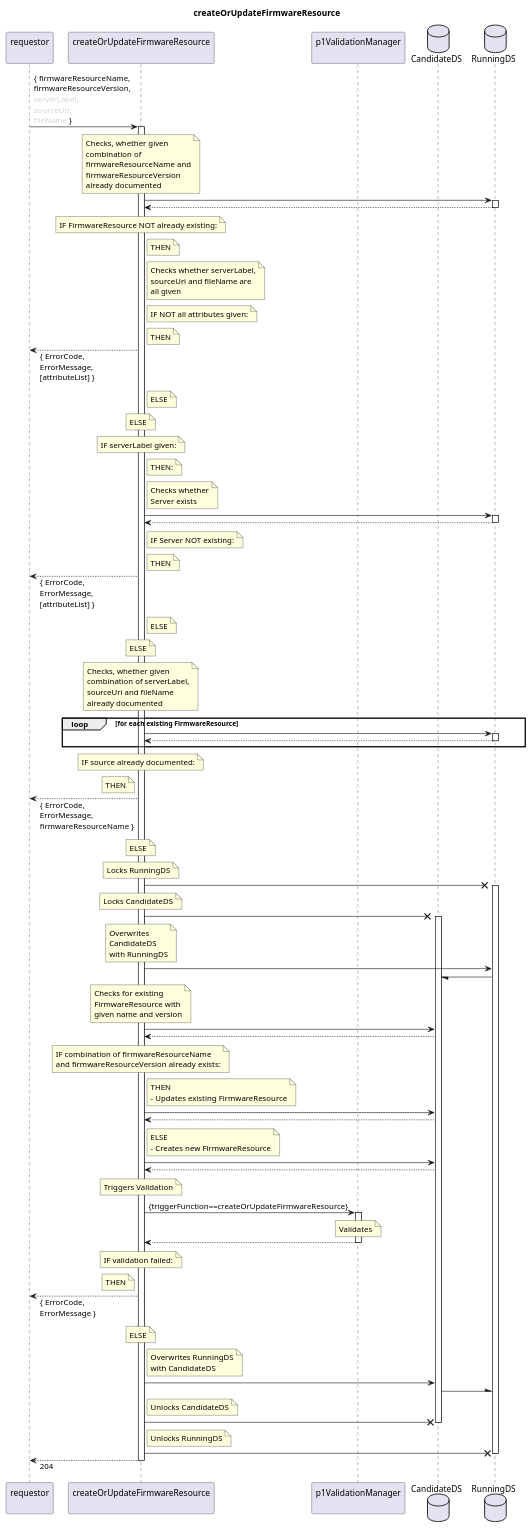
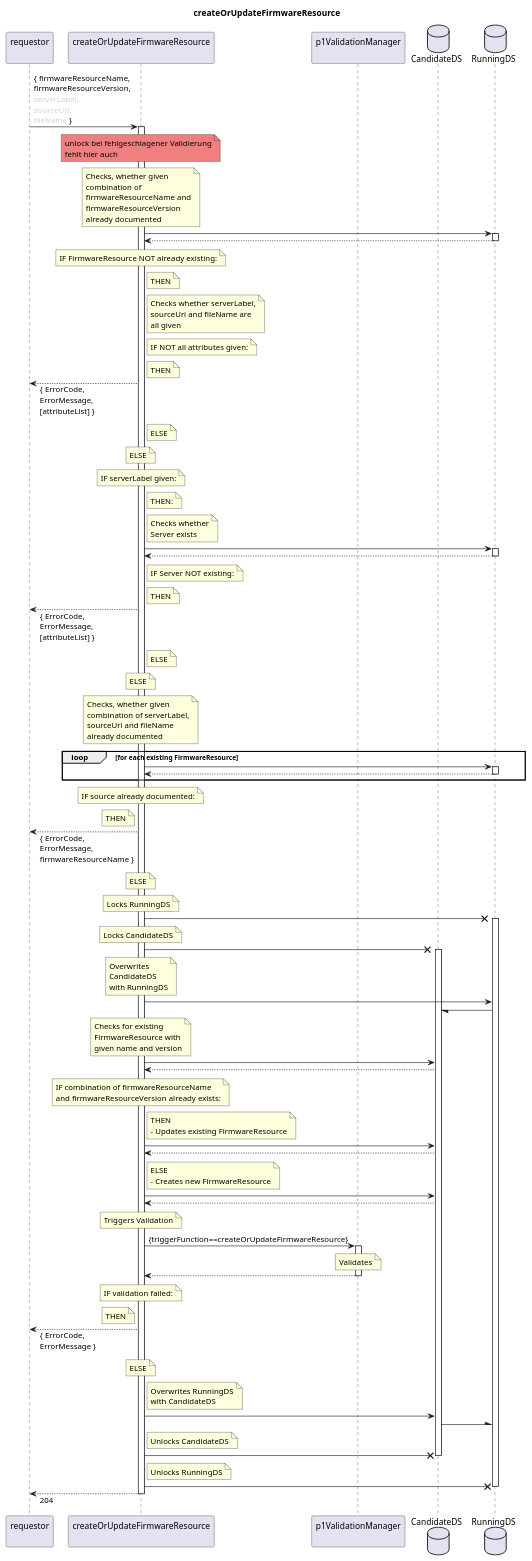
The diagram in spec/Services/createOrUpdateFirmwareResource/1.0.0/createOrUpdateFirmwareResource.plantuml (openBackhaul/FirmWareManager), drawn with PlantUML before and after one commit. The commit also changed 2 other files, not shown here.

```diff
--- a/spec/Services/createOrUpdateFirmwareResource/1.0.0/createOrUpdateFirmwareResource.plantuml
+++ b/spec/Services/createOrUpdateFirmwareResource/1.0.0/createOrUpdateFirmwareResource.plantuml
@@ -1,188 +1,193 @@
 @startuml createOrUpdateFirmwareResource
 skinparam responseMessageBelowArrow true
 
 title
   createOrUpdateFirmwareResource
 end title
 
 participant "requestor\n" as requestor
 participant "createOrUpdateFirmwareResource\n" as couFWR
 participant "p1ValidationManager\n" as valiMan
 database "CandidateDS" as CanDS
 database "RunningDS" as RunDS
 
 requestor -> couFWR: { firmwareResourceName,\nfirmwareResourceVersion,\n<color:LightGray>serverLabel,\n<color:LightGray>sourceUri,\n<color:LightGray>fileName</color> }
 activate couFWR
+
+  note over couFWR #lightcoral
+    unlock bei fehlgeschlagener Validierung
+    fehlt hier auch
+  end note
 
   note over couFWR
     Checks, whether given
     combination of
     firmwareResourceName and
     firmwareResourceVersion
     already documented
   end note
   couFWR -> RunDS
   activate RunDS
   couFWR <-- RunDS
   deactivate RunDS
   note over couFWR
     IF FirmwareResource NOT already existing:
   end note
   note right couFWR
     THEN
   end note
   note right couFWR
     Checks whether serverLabel,
     sourceUri and fileName are
     all given
   end note
   note right couFWR
     IF NOT all attributes given:
   end note
   note right couFWR
     THEN
   end note
   requestor <-- couFWR: { ErrorCode,\nErrorMessage,\n[attributeList] }
   note right couFWR
     ELSE
   end note
   note over couFWR
     ELSE
   end note
 
   note over couFWR
     IF serverLabel given:
   end note
   note right couFWR
     THEN:
   end note
   note right couFWR
     Checks whether
     Server exists
   end note
   couFWR -> RunDS
   activate RunDS
   couFWR <-- RunDS
   deactivate RunDS
   note right couFWR
     IF Server NOT existing:
   end note
   note right couFWR
     THEN
   end note
   requestor <-- couFWR: { ErrorCode,\nErrorMessage,\n[attributeList] }
   note right couFWR
     ELSE
   end note
   note over couFWR
     ELSE
   end note
 
   note over couFWR
     Checks, whether given
     combination of serverLabel,
     sourceUri and fileName
     already documented
   end note
   loop for each existing FirmwareResource
     couFWR -> RunDS
     activate RunDS
     couFWR <-- RunDS
     deactivate RunDS
   end loop
   note over couFWR
     IF source already documented:
   end note
   note left couFWR
     THEN
   end note
   requestor <-- couFWR: { ErrorCode,\nErrorMessage,\nfirmwareResourceName }
   note over couFWR
     ELSE
   end note
 
   note over couFWR
     Locks RunningDS
   end note
   couFWR -X RunDS
   activate RunDS
   note over couFWR
     Locks CandidateDS
   end note
   couFWR -X CanDS
   activate CanDS
   note over couFWR
     Overwrites
     CandidateDS
     with RunningDS
   end note
   couFWR -> RunDS
   RunDS -/ CanDS
 
   note over couFWR
     Checks for existing
     FirmwareResource with
     given name and version
   end note
   couFWR -> CanDS
   couFWR <-- CanDS
   note over couFWR
     IF combination of firmwareResourceName
     and firmwareResourceVersion already exists:
   end note
   note right couFWR
     THEN
     - Updates existing FirmwareResource
   end note
   couFWR -> CanDS
   couFWR <-- CanDS
   note right couFWR
     ELSE
     - Creates new FirmwareResource
   end note
   couFWR -> CanDS
   couFWR <-- CanDS
 
   note over couFWR
     Triggers Validation
   end note
   couFWR -> valiMan: {triggerFunction==createOrUpdateFirmwareResource}
   activate valiMan
     note over valiMan
       Validates
     end note
   couFWR <-- valiMan
   deactivate valiMan
   note over couFWR
     IF validation failed:
   end note
   note left couFWR
     THEN
   end note
   requestor <-- couFWR: { ErrorCode,\nErrorMessage }
   note over couFWR
     ELSE
   end note
 
   note right couFWR
     Overwrites RunningDS
     with CandidateDS
   end note
   couFWR -> CanDS
   CanDS -\ RunDS
   note right couFWR
     Unlocks CandidateDS
   end note
   couFWR -X CanDS
   deactivate CanDS
   note right couFWR
     Unlocks RunningDS
   end note
   couFWR -X RunDS
   deactivate RunDS
 
   requestor <-- couFWR: 204
 
 deactivate couFWR
 
 @enduml
```
